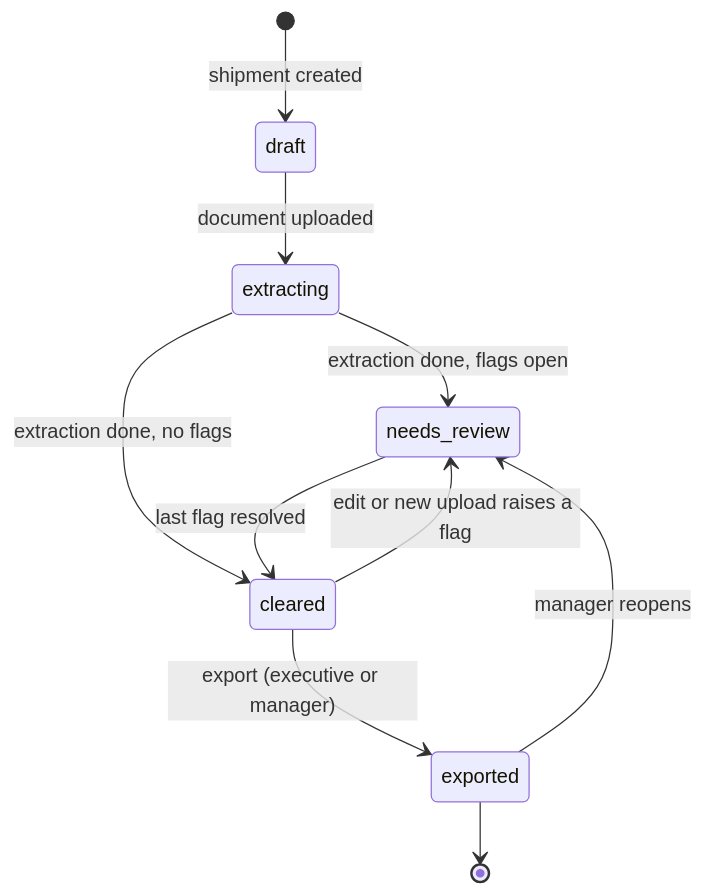
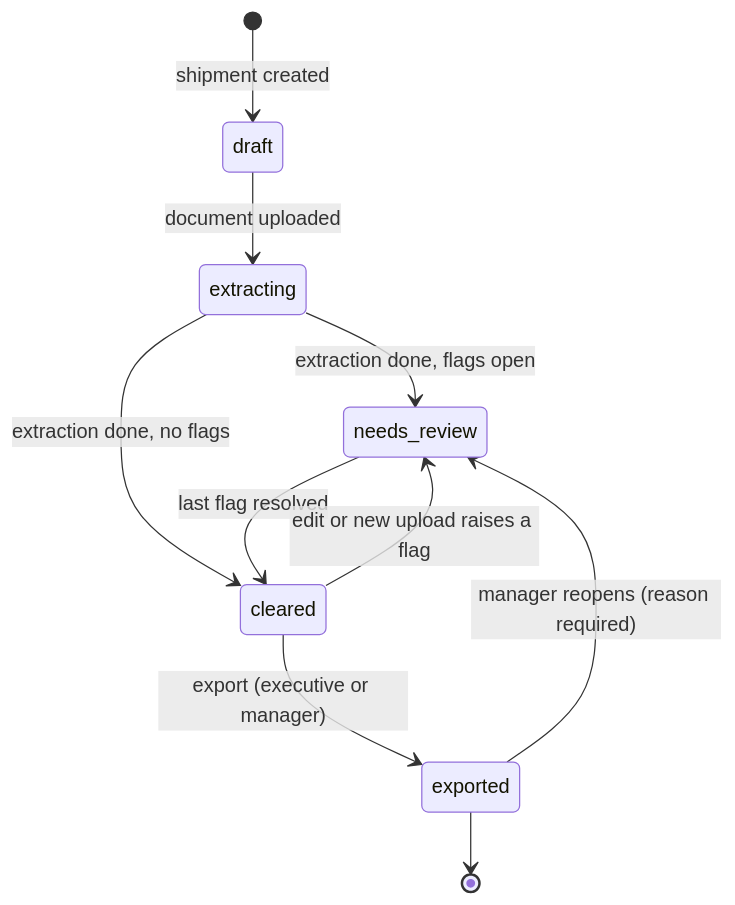
One commit to priyanshu14077/veridoc changed the fourth of 5 diagrams in README.md. Above: the diagram before and after it, drawn with Mermaid. The commit also changed other lines of this file and 1 other file, not shown here.

````diff
--- a/README.md
+++ b/README.md
@@ -194,12 +198,12 @@
 ```mermaid
 stateDiagram-v2
     [*] --> draft: shipment created
     draft --> extracting: document uploaded
     extracting --> needs_review: extraction done, flags open
     extracting --> cleared: extraction done, no flags
     needs_review --> cleared: last flag resolved
     cleared --> needs_review: edit or new upload raises a flag
     cleared --> exported: export (executive or manager)
-    exported --> needs_review: manager reopens
+    exported --> needs_review: manager reopens (reason required)
     exported --> [*]
 ```
````
